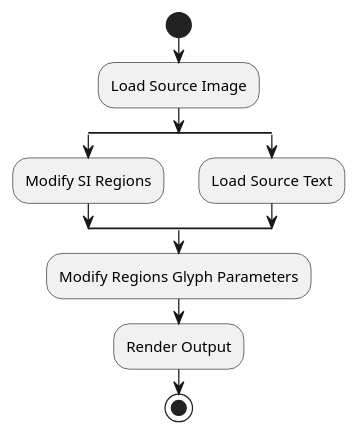
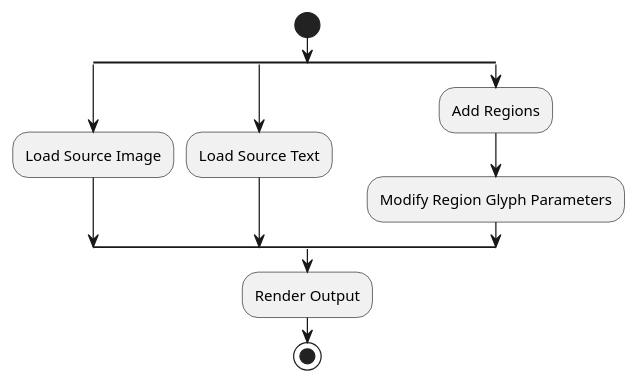
One commit to zwerdlds/GlyphMosaic changed the diagram in documentation/Specification/diagrams/workflow.plantuml. Above: the diagram before and after it, drawn with PlantUML. The commit also changed 13 other files, not shown here.

```diff
--- a/documentation/Specification/diagrams/workflow.plantuml
+++ b/documentation/Specification/diagrams/workflow.plantuml
@@ -1,20 +1,19 @@
 @startuml
 skinparam componentStyle uml1
 
 start
 
-:Load Source Image;
-
 split
-    :Modify SI Regions;
+    :Load Source Image;
 split again
     :Load Source Text;
+split again
+    :Add Regions;
+    :Modify Region Glyph Parameters;
 end split
-
-:Modify Regions Glyph Parameters;
 
 :Render Output;
 
 stop
 
 @enduml
```
